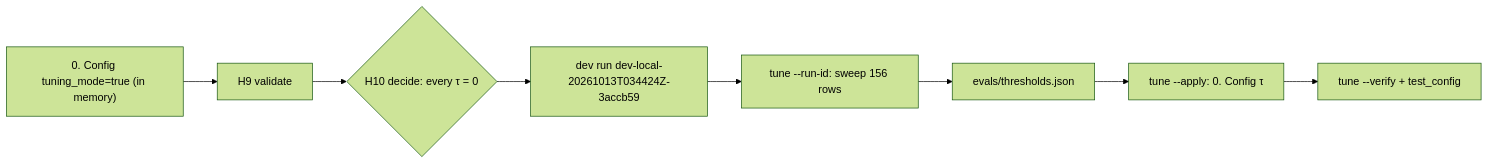
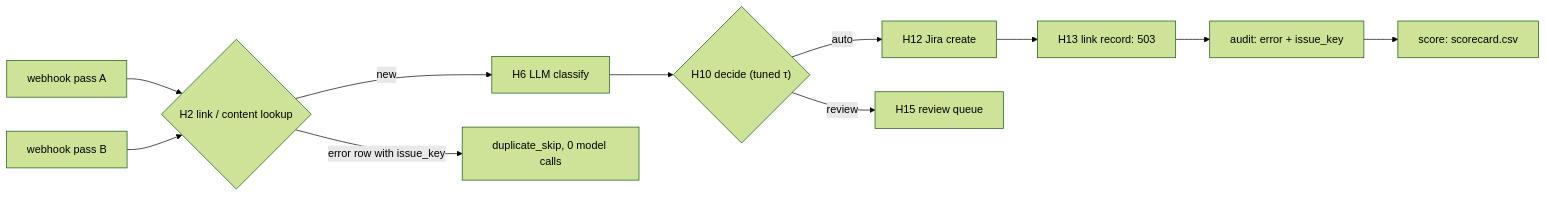
The diagram in .ai/REVIEW.md (beyondalgorithms2026-source/support-triage-n8n), drawn with Mermaid (forest theme) before and after one commit. The commit also changed other lines of this file and 22 other files, not shown here.

First line of the commit message:
T4-10: Held-out test run, replay proof, scorecard

````diff
--- a/.ai/REVIEW.md
+++ b/.ai/REVIEW.md
@@ -11,9 +11,10 @@
 ```mermaid
 flowchart LR
-  C["0. Config tuning_mode=true (in memory)"] --> H["H9 validate"] --> D{"H10 decide: every τ = 0"}
-  D --> R["dev run dev-local-20261013T034424Z-3accb59"]
-  R --> T["tune --run-id: sweep 156 rows"]
-  T --> J["evals/thresholds.json"]
-  J --> A["tune --apply: 0. Config τ"]
-  A --> V["tune --verify + test_config"]
+  W["webhook pass A"] --> H2{"H2 link / content lookup"}
+  H2 -->|new| H6["H6 LLM classify"] --> H10{"H10 decide (tuned τ)"}
+  H10 -->|auto| J["H12 Jira create"] --> L["H13 link record: 503"] --> A["audit: error + issue_key"]
+  H10 -->|review| Q["H15 review queue"]
+  B["webhook pass B"] --> H2
+  H2 -->|error row with issue_key| S["duplicate_skip, 0 model calls"]
+  A --> SC["score: scorecard.csv"]
 ```
````
